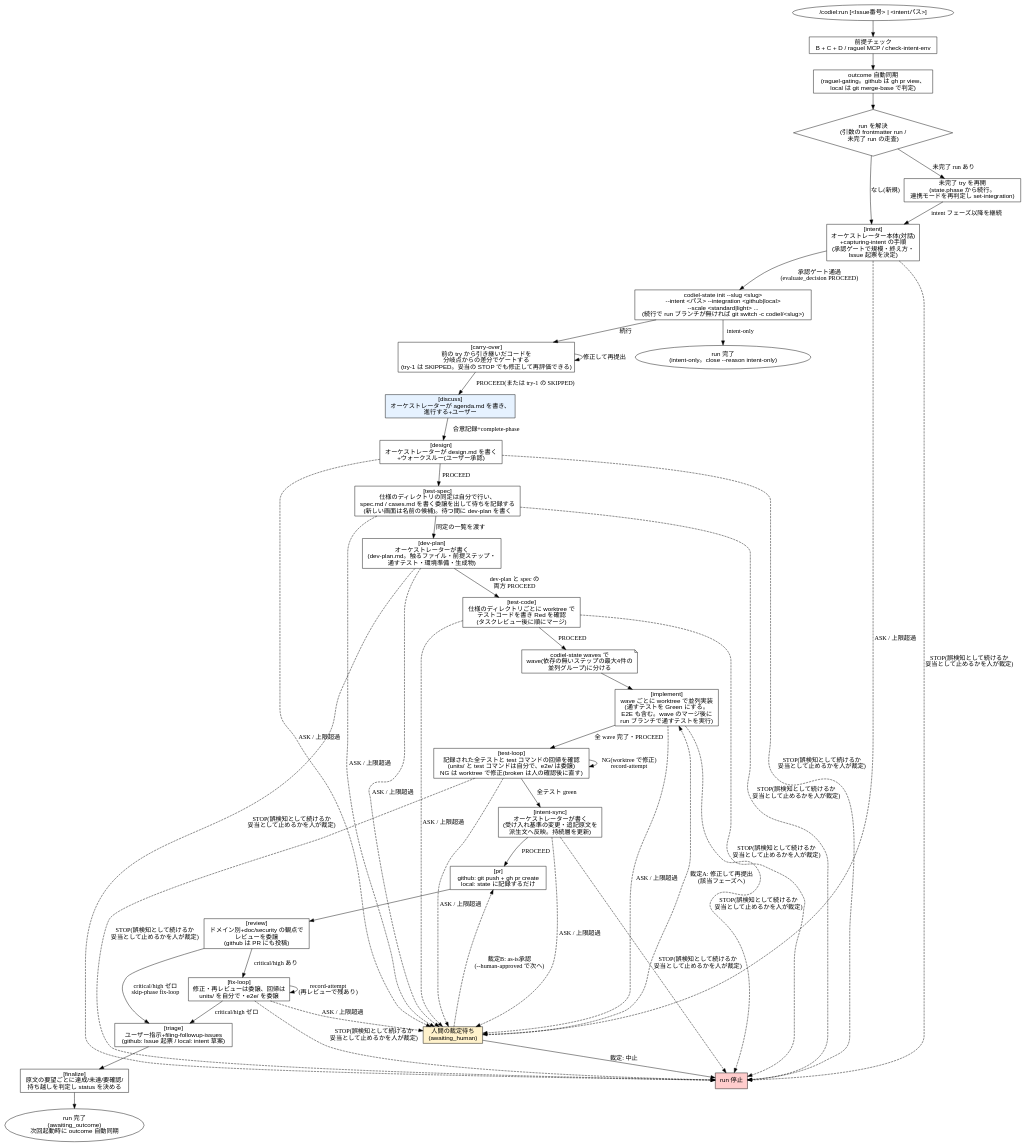
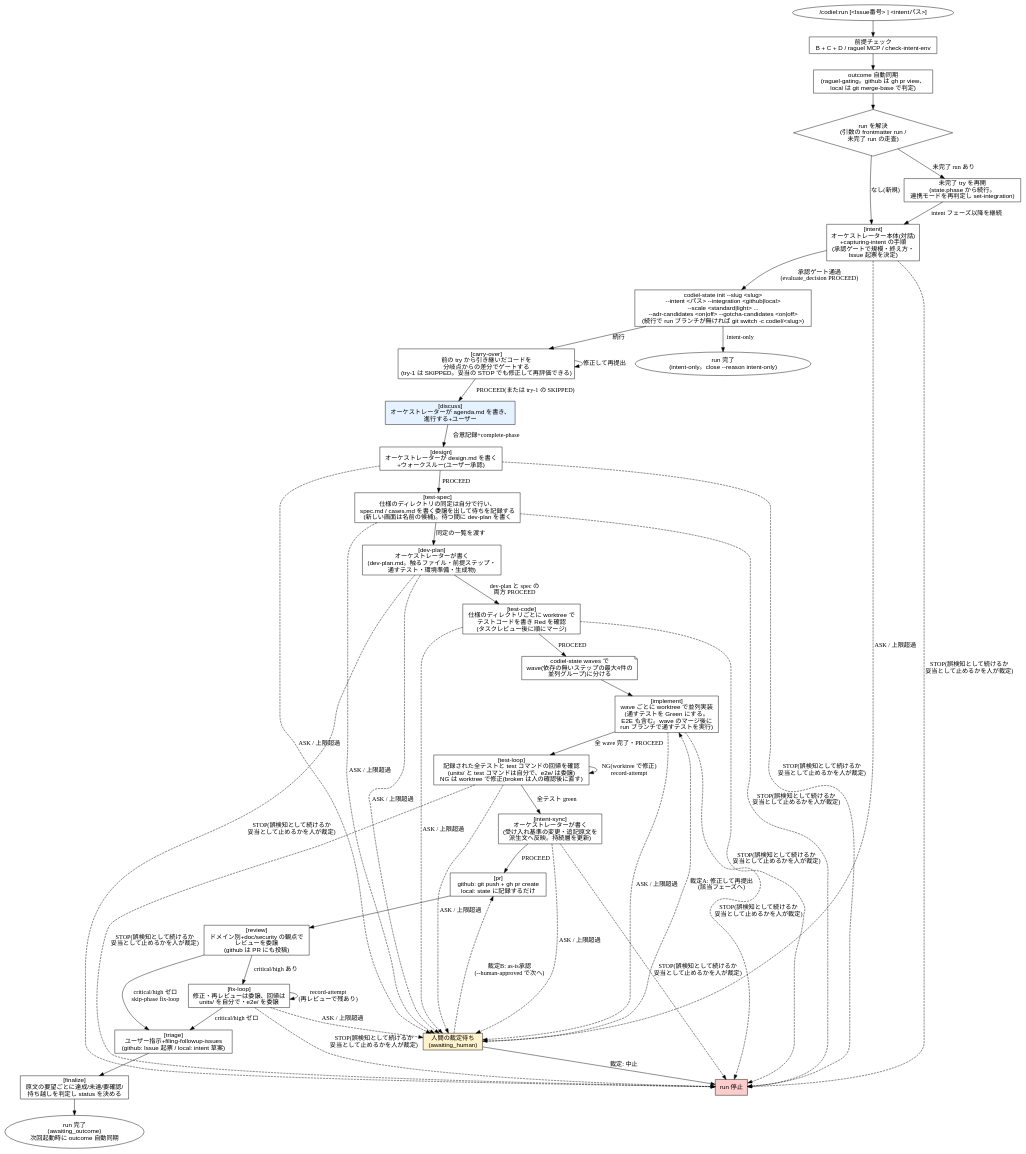
One commit to Amatsuka-kobo/amatsuka-claude-plugins changed diagram 14 of 14 in plugins/codiel/docs/skill-flowcharts.md. Above: the diagram before and after it, drawn with Graphviz. The commit also changed 13 other files, not shown here.

````diff
--- a/plugins/codiel/docs/skill-flowcharts.md
+++ b/plugins/codiel/docs/skill-flowcharts.md
@@ -574,69 +574,69 @@
 ```dot
 digraph codiel_run {
   rankdir=TB;
   node [fontname="sans-serif"];
 
   start [label="/codiel:run [<Issue番号> | <intentパス>]", shape=ellipse];
   precheck [label="前提チェック\nB + C + D / raguel MCP / check-intent-env", shape=box];
   sync [label="outcome 自動同期\n(raguel-gating。github は gh pr view、\nlocal は git merge-base で判定)", shape=box];
   resolve [label="run を解決\n(引数の frontmatter run /\n未完了 run の走査)", shape=diamond];
   resume [label="未完了 try を再開\n(state.phase から続行。\n連携モードを再判定し set-integration)", shape=box];
 
   intent [label="[intent]\nオーケストレーター本体(対話)\n+capturing-intent の手順\n(承認ゲートで規模・終え方・\nIssue 起票を決定)", shape=box];
-  intent_init [label="codiel-state init --slug <slug>\n--intent <パス> --integration <github|local>\n--scale <standard|light> ...\n(続行で run ブランチが無ければ git switch -c codiel/<slug>)", shape=box];
+  intent_init [label="codiel-state init --slug <slug>\n--intent <パス> --integration <github|local>\n--scale <standard|light> ...\n--adr-candidates <on|off> --gotcha-candidates <on|off>\n(続行で run ブランチが無ければ git switch -c codiel/<slug>)", shape=box];
   carryover [label="[carry-over]\n前の try から引き継いだコードを\n分岐点からの差分でゲートする\n(try-1 は SKIPPED。妥当の STOP でも修正して再評価できる)", shape=box];
   discuss [label="[discuss]\nオーケストレーターが agenda.md を書き、\n進行する+ユーザー", shape=box, style=filled, fillcolor="#e6f2ff"];
   design [label="[design]\nオーケストレーターが design.md を書く\n+ウォークスルー(ユーザー承認)", shape=box];
   testspec [label="[test-spec]\n仕様のディレクトリの同定は自分で行い、\nspec.md / cases.md を書く委譲を出して待ちを記録する\n(新しい画面は名前の候補)。待つ間に dev-plan を書く", shape=box];
   devplan [label="[dev-plan]\nオーケストレーターが書く\n(dev-plan.md。触るファイル・前提ステップ・\n通すテスト・環境準備・生成物)", shape=box];
   testcode [label="[test-code]\n仕様のディレクトリごとに worktree で\nテストコードを書き Red を確認\n(タスクレビュー後に順にマージ)", shape=box];
   waves [label="codiel-state waves で\nwave(依存の無いステップの最大4件の\n並列グループ)に分ける", shape=note];
   implement [label="[implement]\nwave ごとに worktree で並列実装\n(通すテストを Green にする。\nE2E も含む。wave のマージ後に\nrun ブランチで通すテストを実行)", shape=box];
   testloop [label="[test-loop]\n記録された全テストと test コマンドの回帰を確認\n(units/ と test コマンドは自分で、e2e/ は委譲)\nNG は worktree で修正(broken は人の確認後に直す)", shape=box];
   intentsync [label="[intent-sync]\nオーケストレーターが書く\n(受け入れ基準の変更・追記原文を\n派生文へ反映。持続層を更新)", shape=box];
   pr [label="[pr]\ngithub: git push + gh pr create\nlocal: state に記録するだけ", shape=box];
   review [label="[review]\nドメイン別+doc/security の観点で\nレビューを委譲\n(github は PR にも投稿)", shape=box];
   fixloop [label="[fix-loop]\n修正・再レビューは委譲、回帰は\nunits/ を自分で・e2e/ を委譲", shape=box];
   triage [label="[triage]\nユーザー指示+filing-followup-issues\n(github: Issue 起票 / local: intent 草案)", shape=box];
   finalize [label="[finalize]\n原文の要望ごとに達成/未達/要確認/\n持ち越しを判定し status を決める", shape=box];
 
   human [label="人間の裁定待ち\n(awaiting_human)", shape=box, style=filled, fillcolor="#fff2cc"];
   stopped [label="run 停止", shape=box, style=filled, fillcolor="#ffcccc"];
   outcome [label="run 完了\n(awaiting_outcome)\n次回起動時に outcome 自動同期", shape=ellipse];
   intentonly [label="run 完了\n(intent-only。close --reason intent-only)", shape=ellipse];
 
   start -> precheck -> sync -> resolve;
   resolve -> resume [label="未完了 run あり"];
   resolve -> intent [label="なし(新規)"];
   resume -> intent [label="intent フェーズ以降を継続"];
 
   intent -> intent_init [label="承認ゲート通過\n(evaluate_decision PROCEED)"];
   intent_init -> carryover [label="続行"];
   intent_init -> intentonly [label="intent-only"];
   carryover -> discuss [label="PROCEED(または try-1 の SKIPPED)"];
   carryover -> carryover [label="修正して再提出"];
   discuss -> design [label="合意記録+complete-phase"];
   design -> testspec [label="PROCEED"];
   testspec -> devplan [label="同定の一覧を渡す"];
   devplan -> testcode [label="dev-plan と spec の\n両方 PROCEED"];
   testcode -> waves [label="PROCEED"];
   waves -> implement;
   implement -> testloop [label="全 wave 完了・PROCEED"];
   testloop -> testloop [label="NG(worktree で修正)\nrecord-attempt"];
   testloop -> intentsync [label="全テスト green"];
   intentsync -> pr [label="PROCEED"];
   pr -> review;
   review -> fixloop [label="critical/high あり"];
   review -> triage [label="critical/high ゼロ\nskip-phase fix-loop"];
   fixloop -> fixloop [label="record-attempt\n(再レビューで残あり)"];
   fixloop -> triage [label="critical/high ゼロ"];
   triage -> finalize;
   finalize -> outcome;
 
   { intent design testspec devplan testcode implement testloop intentsync fixloop } -> human [label="ASK / 上限超過", style=dashed];
   { intent design testspec devplan testcode implement testloop intentsync fixloop } -> stopped [label="STOP(誤検知として続けるか\n妥当として止めるかを人が裁定)", style=dashed];
   human -> stopped [label="裁定: 中止"];
   human -> implement [label="裁定A: 修正して再提出\n(該当フェーズへ)", style=dashed];
   human -> pr [label="裁定B: as-is承認\n(--human-approved で次へ)", style=dashed];
 }
 ```
````
